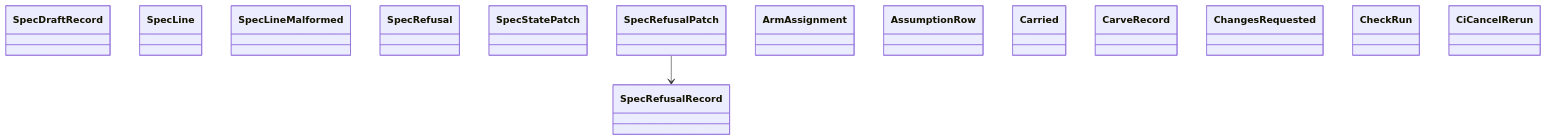
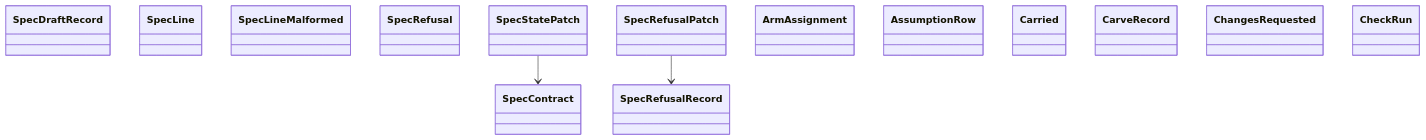
The diagram in docs/architecture/generated/classes-process-domain-state-4.md (GonzaloZevallos/agentic-system), drawn with Mermaid before and after one commit. The commit also changed other lines of this file and 11 other files, not shown here.

Commit message:
Register the early_split channel in the reducer test and regenerate the architecture docs

````diff
--- a/docs/architecture/generated/classes-process-domain-state-4.md
+++ b/docs/architecture/generated/classes-process-domain-state-4.md
@@ -32,18 +32,19 @@
 ```mermaid
 classDiagram
+    class spec_delivery__SpecContract["SpecContract"]
     class spec_delivery__SpecDraftRecord["SpecDraftRecord"]
     class spec_delivery__SpecLine["SpecLine"]
     class spec_delivery__SpecLineMalformed["SpecLineMalformed"]
     class spec_delivery__SpecRefusal["SpecRefusal"]
     class spec_delivery__SpecRefusalRecord["SpecRefusalRecord"]
     class spec_delivery__SpecStatePatch["SpecStatePatch"]
     class spec_route__SpecRefusalPatch["SpecRefusalPatch"]
     class task__ArmAssignment["ArmAssignment"]
     class task__AssumptionRow["AssumptionRow"]
     class task__Carried["Carried"]
     class task__CarveRecord["CarveRecord"]
     class task__ChangesRequested["ChangesRequested"]
     class task__CheckRun["CheckRun"]
-    class task__CiCancelRerun["CiCancelRerun"]
+    spec_delivery__SpecStatePatch --> spec_delivery__SpecContract
     spec_route__SpecRefusalPatch --> spec_delivery__SpecRefusalRecord
 ```
````
